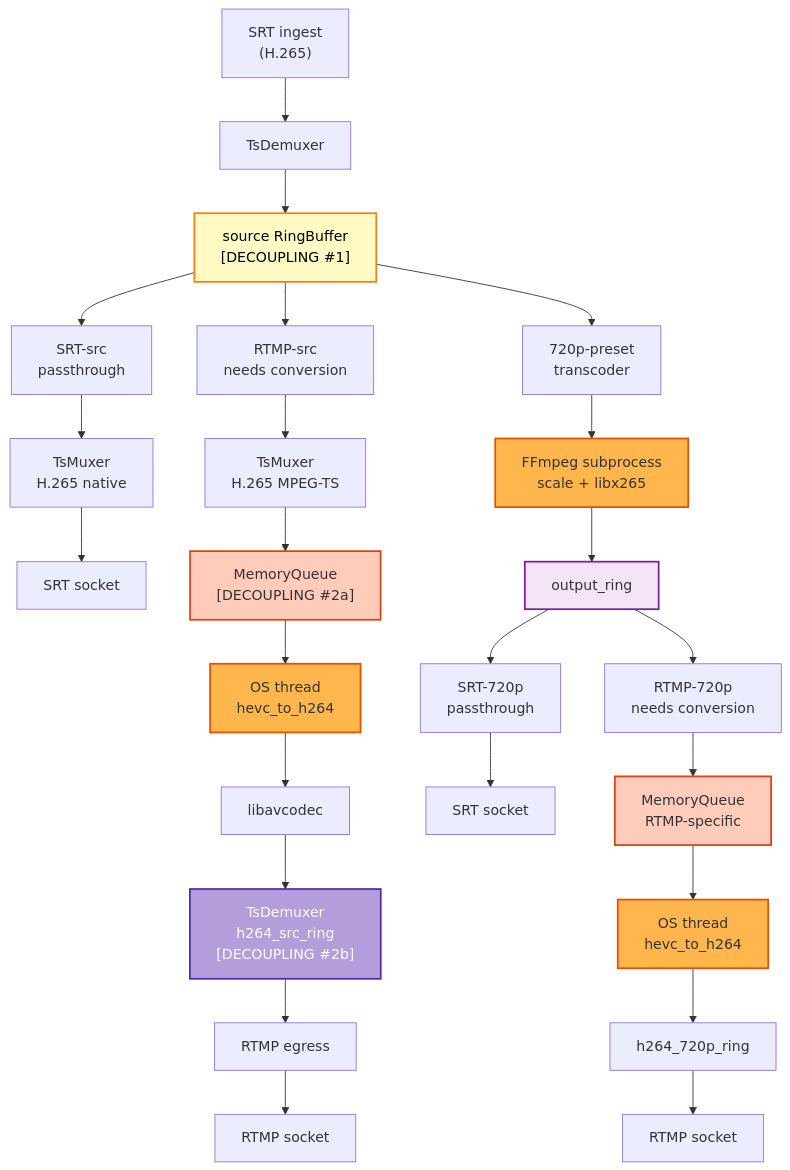
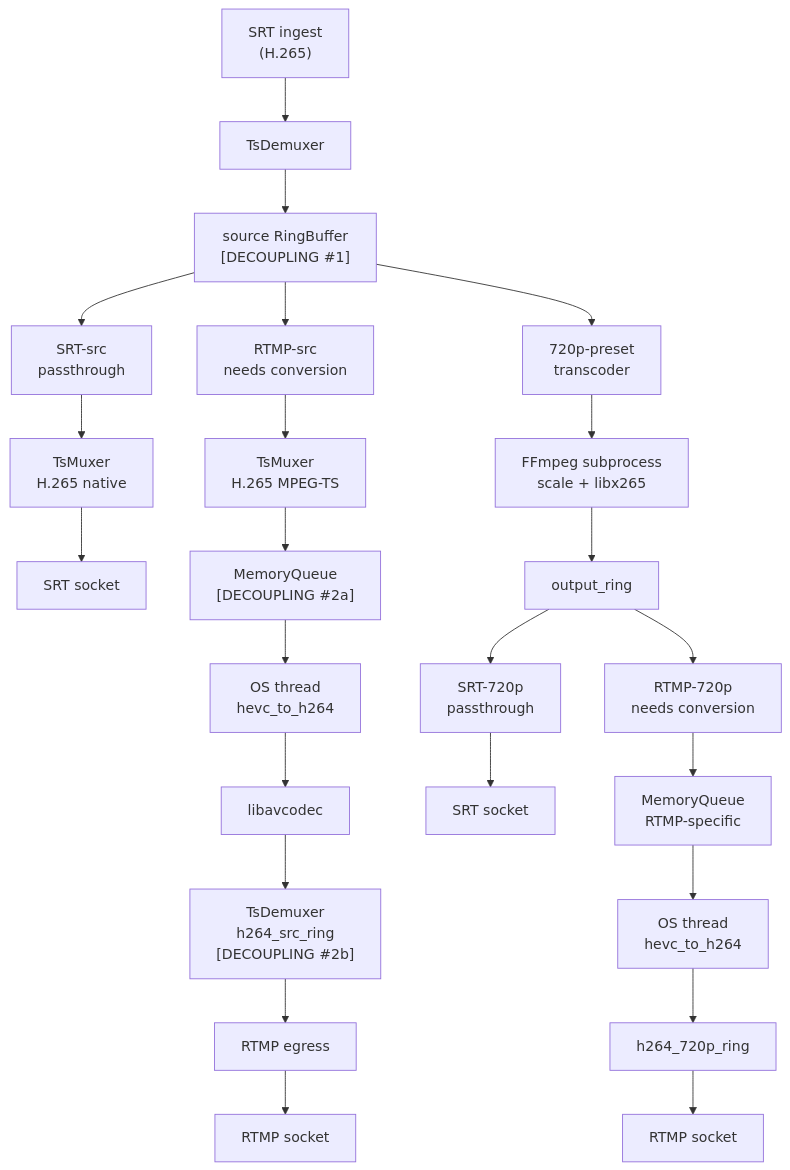
One commit to krsna1729/restream changed diagram 13 of 24 in docs/run-to-completion-analysis.md. Above: the diagram before and after it, drawn with Mermaid. The commit also changed other lines of this file and 6 other files, not shown here.

First line of the commit message:
docs: retire duplicate SVG and styled diagram variants

````diff
--- a/docs/run-to-completion-analysis.md
+++ b/docs/run-to-completion-analysis.md
@@ -491,46 +401,37 @@
 ```mermaid
-graph TD
+flowchart TD
     A["SRT ingest<br/>(H.265)"]
     B["TsDemuxer"]
     C["source RingBuffer<br/>[DECOUPLING #1]"]
-    
+
     D["SRT-src<br/>passthrough"]
     E["TsMuxer<br/>H.265 native"]
     F["SRT socket"]
-    
+
     G["RTMP-src<br/>needs conversion"]
     H["TsMuxer<br/>H.265 MPEG-TS"]
     I["MemoryQueue<br/>[DECOUPLING #2a]"]
     J["OS thread<br/>hevc_to_h264"]
     K["libavcodec"]
     L["TsDemuxer<br/>h264_src_ring<br/>[DECOUPLING #2b]"]
     M["RTMP egress"]
     N["RTMP socket"]
-    
+
     O["720p-preset<br/>transcoder"]
     P["FFmpeg subprocess<br/>scale + libx265"]
     Q["output_ring"]
     R["SRT-720p<br/>passthrough"]
     S["SRT socket"]
     T["RTMP-720p<br/>needs conversion"]
     U["MemoryQueue<br/>RTMP-specific"]
     V["OS thread<br/>hevc_to_h264"]
     W["h264_720p_ring"]
     X["RTMP socket"]
-    
+
     A --> B --> C
     C --> D --> E --> F
     C --> G --> H --> I --> J --> K --> L --> M --> N
     C --> O --> P --> Q
     Q --> R --> S
     Q --> T --> U --> V --> W --> X
-    
-    style C fill:#fff9c4,stroke:#f57f17,stroke-width:2px,color:#000
-    style I fill:#ffccbc,stroke:#d84315,stroke-width:2px,color:#333
-    style J fill:#ffb74d,stroke:#e65100,stroke-width:2px,color:#333
-    style L fill:#b39ddb,stroke:#512da8,stroke-width:2px,color:#fff
-    style P fill:#ffb74d,stroke:#e65100,stroke-width:2px,color:#333
-    style Q fill:#f3e5f5,stroke:#7b1fa2,stroke-width:2px,color:#333
-    style U fill:#ffccbc,stroke:#d84315,stroke-width:2px,color:#333
-    style V fill:#ffb74d,stroke:#e65100,stroke-width:2px,color:#333
 ```
````
